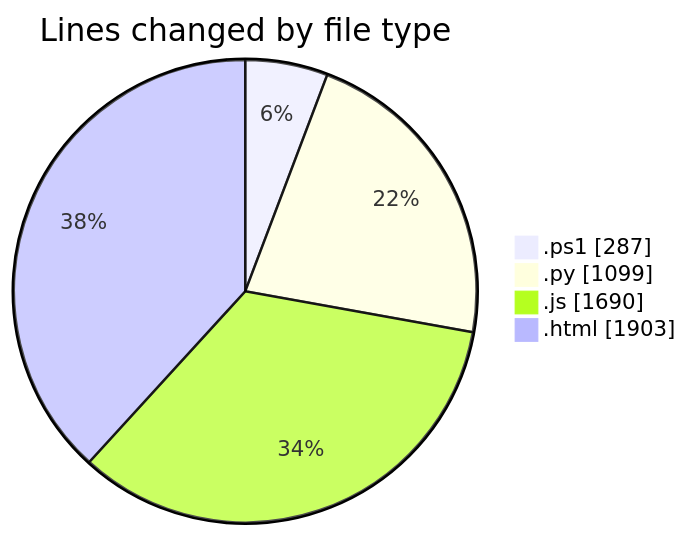
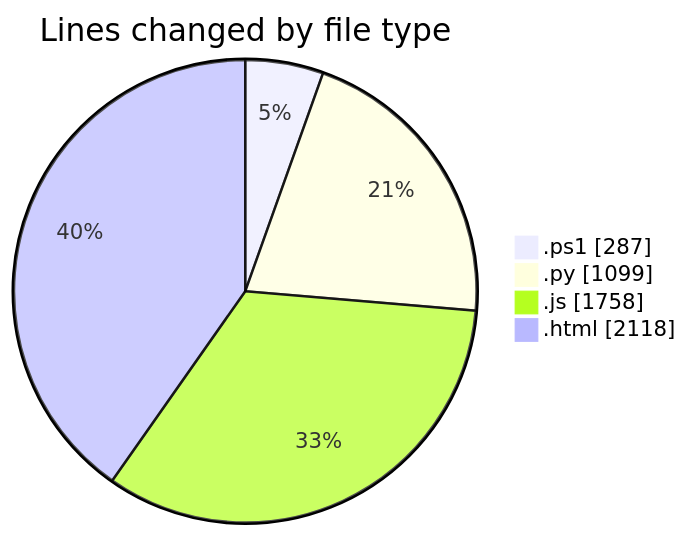
One commit to shibass792/code-tracking changed the first of 2 diagrams in 2026-07-14/shibass-ai/README.md. Above: the diagram before and after it, drawn with Mermaid. The commit also changed other lines of this file and 1 other file, not shown here.

````diff
--- a/2026-07-14/shibass-ai/README.md
+++ b/2026-07-14/shibass-ai/README.md
@@ -26,8 +26,8 @@
 ```mermaid
 pie showData
 title Lines changed by file type
 ".ps1" : 287
 ".py" : 1099
-".js" : 1690
-".html" : 1903
+".js" : 1758
+".html" : 2118
 ```
````
